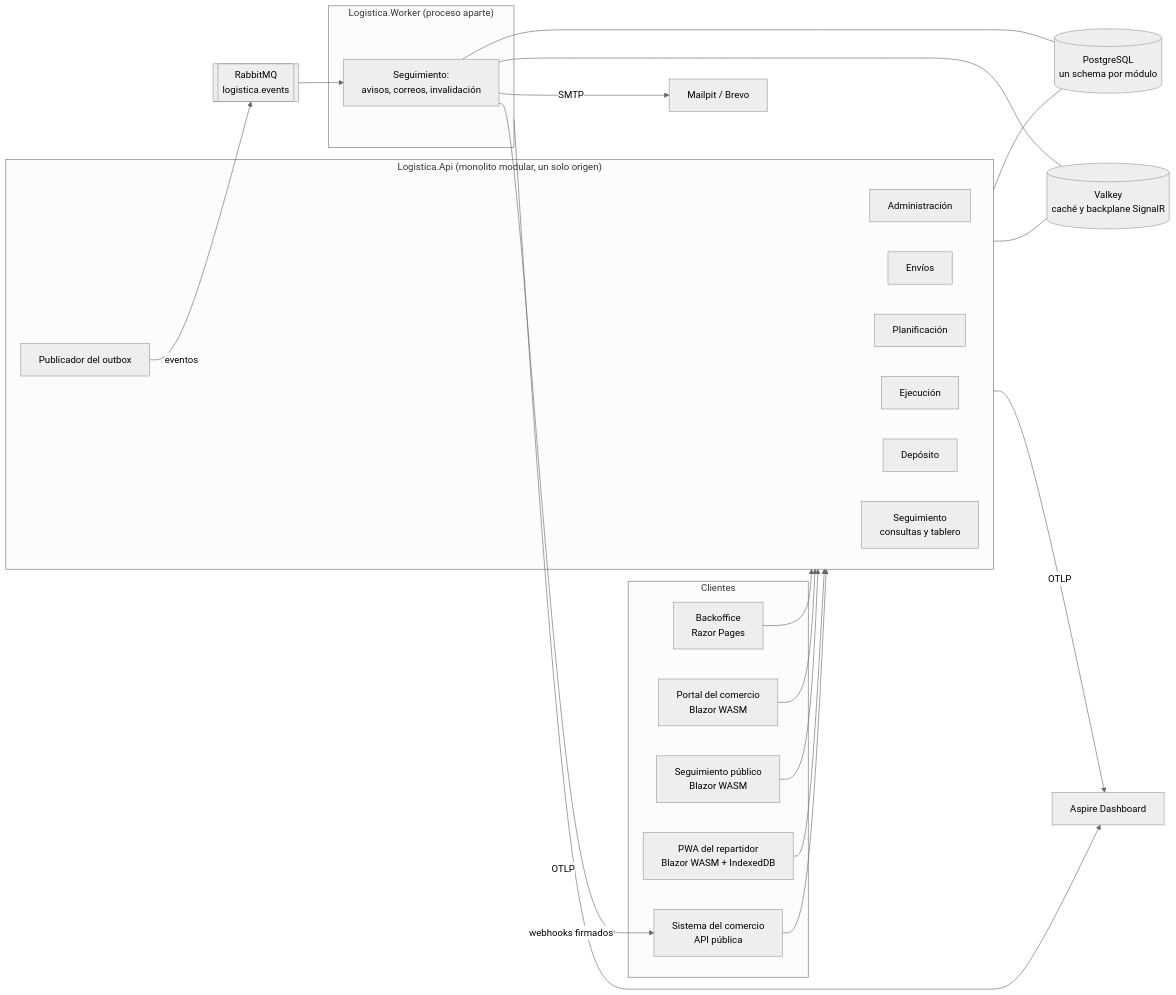
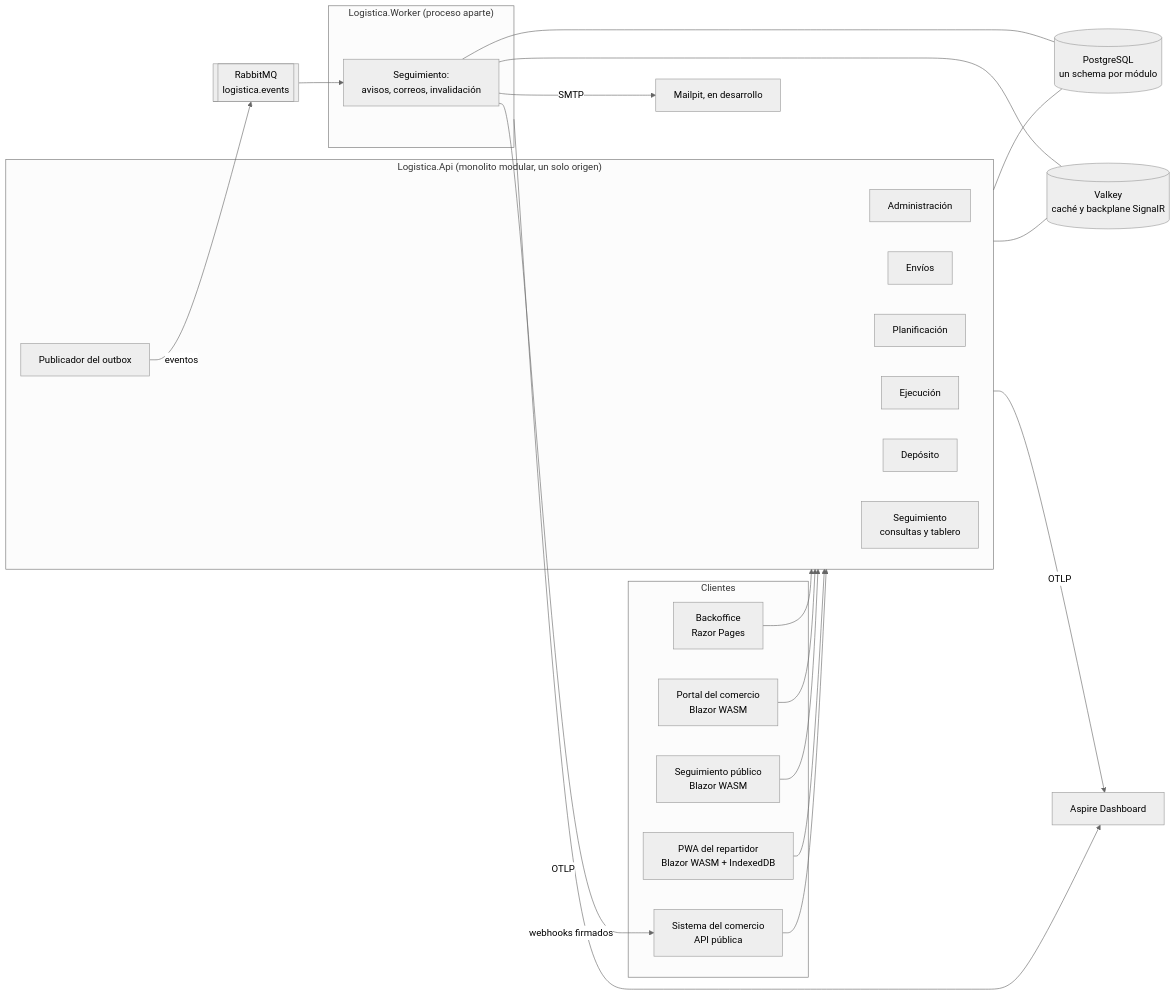
Before and after one commit to mmarceee/proyectoDOTNET: the first of 4 diagrams in docs/documento-tecnico.md, drawn with Mermaid (neutral theme). The commit also changed other lines of this file and 12 other files, not shown here.

````diff
--- a/docs/documento-tecnico.md
+++ b/docs/documento-tecnico.md
@@ -29,35 +29,35 @@
 ```mermaid
 flowchart LR
     subgraph Clientes
         BO[Backoffice<br/>Razor Pages]
         PC[Portal del comercio<br/>Blazor WASM]
         SP[Seguimiento público<br/>Blazor WASM]
         PWA[PWA del repartidor<br/>Blazor WASM + IndexedDB]
         EXT[Sistema del comercio<br/>API pública]
     end
 
     subgraph API["Logistica.Api (monolito modular, un solo origen)"]
         ADM[Administración]
         ENV[Envíos]
         PLA[Planificación]
         EJE[Ejecución]
         DEP[Depósito]
         SEGA[Seguimiento<br/>consultas y tablero]
         OUT[Publicador del outbox]
     end
 
     subgraph Worker["Logistica.Worker (proceso aparte)"]
         SEGW[Seguimiento:<br/>avisos, correos, invalidación]
     end
 
     BO & PC & SP & PWA & EXT --> API
     API --- PG[(PostgreSQL<br/>un schema por módulo)]
     API --- VK[(Valkey<br/>caché y backplane SignalR)]
     OUT -- eventos --> MQ[[RabbitMQ<br/>logistica.events]]
     MQ --> SEGW
     SEGW --- PG
     SEGW --- VK
     SEGW -- webhooks firmados --> EXT
-    SEGW -- SMTP --> MAIL[Mailpit / Brevo]
+    SEGW -- SMTP --> MAIL[Mailpit, en desarrollo]
     API & Worker -- OTLP --> ASP[Aspire Dashboard]
 ```
````
